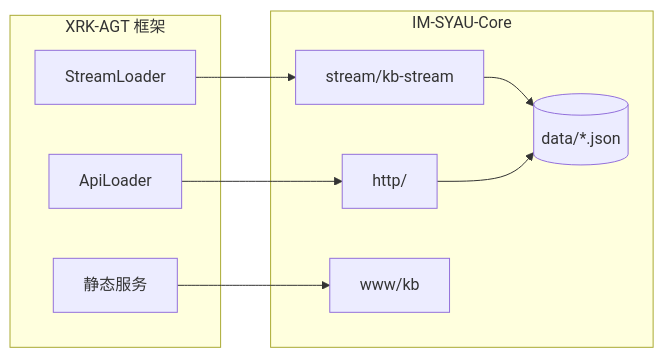
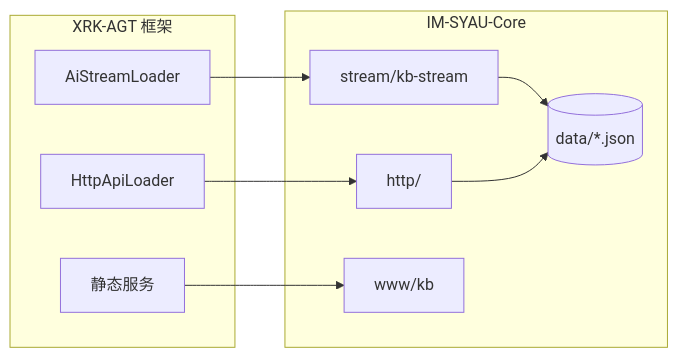
The first of 3 diagrams in README.md (sunflowermm/IM-SYAU-Core), drawn with Mermaid before and after one commit. The commit also changed other lines of this file and 4 other files, not shown here.

````diff
--- a/README.md
+++ b/README.md
@@ -26,21 +26,21 @@
 ```mermaid
 graph LR
   subgraph AGT["XRK-AGT 框架"]
-    ApiLoader[ApiLoader]
-    StreamLoader[StreamLoader]
+    HttpApiLoader[HttpApiLoader]
+    AiStreamLoader[AiStreamLoader]
     Static[静态服务]
   end
   
   subgraph Core["IM-SYAU-Core"]
     http[http/]
     stream[stream/kb-stream]
     www[www/kb]
     data[(data/*.json)]
   end
   
-  ApiLoader --> http
-  StreamLoader --> stream
+  HttpApiLoader --> http
+  AiStreamLoader --> stream
   Static --> www
   stream --> data
   http --> data
 ```
````
